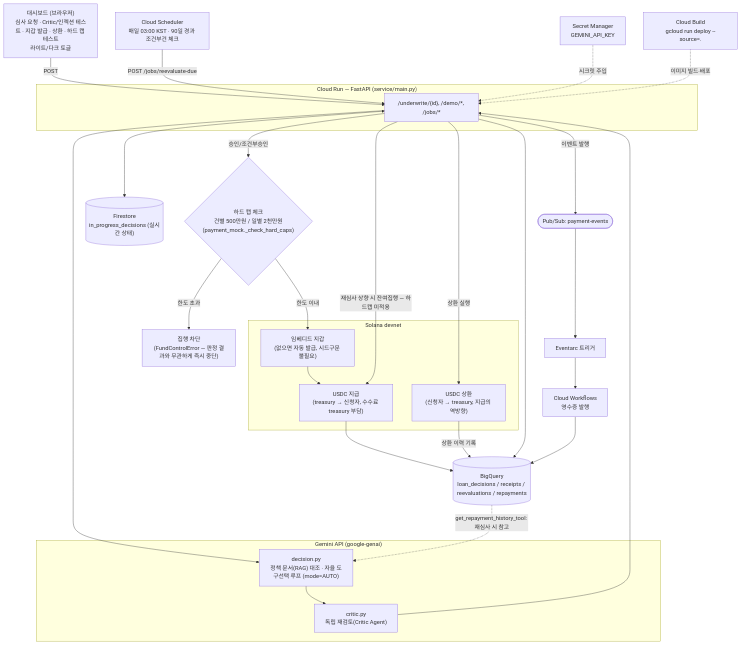
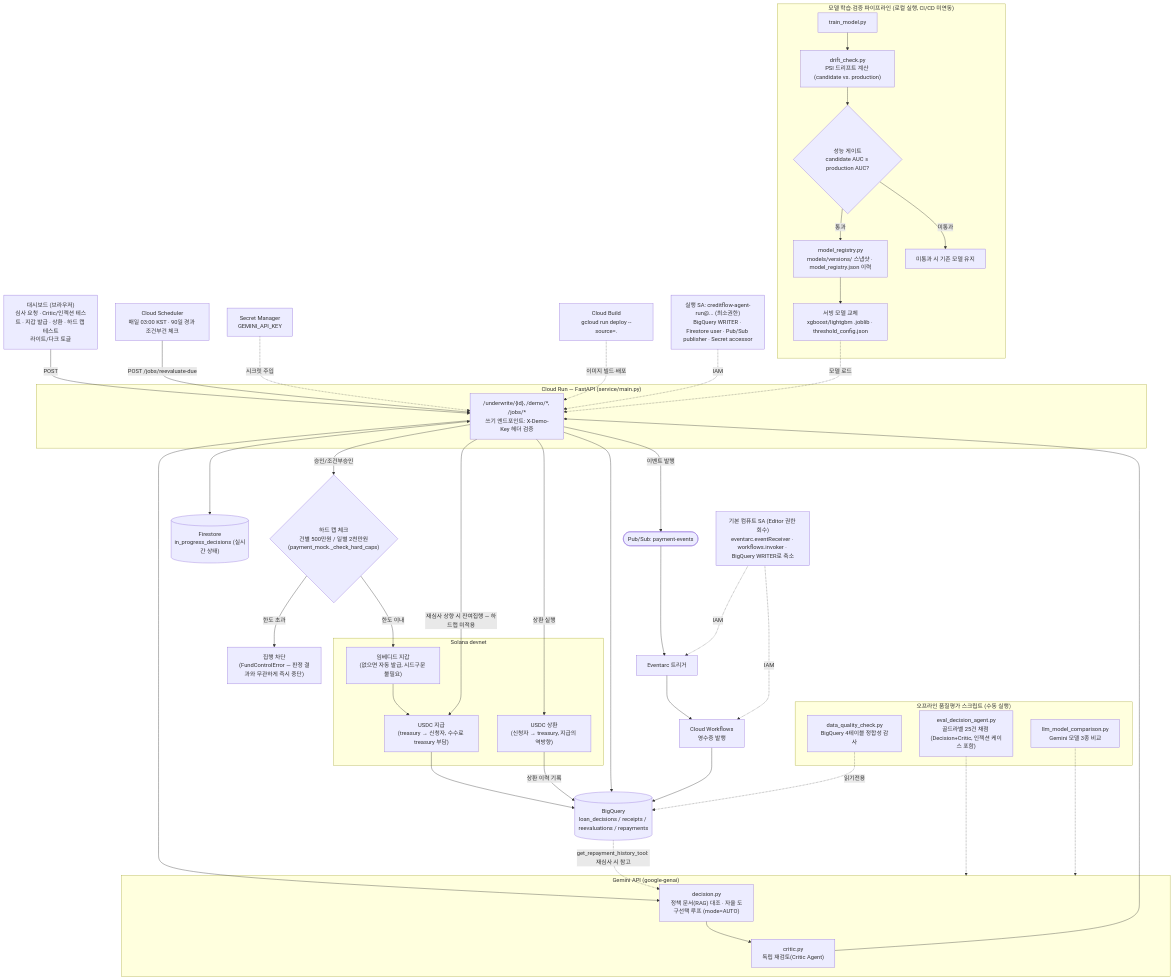
Before and after one commit to sujin-1015/creditflow-ai-agent: the diagram in docs/architecture.mmd, drawn with Mermaid. The commit also changed 2 other files, not shown here.

Commit message:
Fix eval case breakdown (13+12=25) and sync docs with MLOps/QA/IAM additions
genai_quality_evaluation.md listed per-type counts summing to 20 against a
25-case total because five pre-existing cases were left out. Replace the list
with source-wise (8 clean + 4 noisy + 1 injected existing, 12 new) and
type-wise (no-adjust 8, downgrade 4, upgrade 3, quant-reject 3, injection 3,
ambiguous 4) tables that reconcile with the n=21 / n=13 metric denominators.

README and architecture.mmd: correct "gold label 20" to 25 and include the
MLOps pipeline, offline QA scripts, and IAM service accounts.

```diff
--- a/docs/architecture.mmd
+++ b/docs/architecture.mmd
@@ -1,48 +1,75 @@
 flowchart TB
     Browser["대시보드 (브라우저)<br/>심사 요청 · Critic/인젝션 테스트 · 지갑 발급 · 상환 · 하드 캡 테스트<br/>라이트/다크 토글"]
 
     subgraph Run["Cloud Run — FastAPI (service/main.py)"]
-        API["/underwrite/{id}, /demo/*, /jobs/*"]
+        API["/underwrite/{id}, /demo/*, /jobs/*<br/>쓰기 엔드포인트: X-Demo-Key 헤더 검증"]
     end
+    RunSA["실행 SA: creditflow-agent-run@... (최소권한)<br/>BigQuery WRITER · Firestore user · Pub/Sub publisher · Secret accessor"]
 
     subgraph AI["Gemini API (google-genai)"]
         Decision["decision.py<br/>정책 문서(RAG) 대조 · 자율 도구선택 루프 (mode=AUTO)"]
         Critic["critic.py<br/>독립 재검토(Critic Agent)"]
     end
 
     HardCap{"하드 캡 체크<br/>건별 500만원 / 일별 2천만원<br/>(payment_mock._check_hard_caps)"}
     Blocked["집행 차단<br/>(FundControlError — 판정 결과와 무관하게 즉시 중단)"]
 
     subgraph Chain["Solana devnet"]
         Wallet["임베디드 지갑<br/>(없으면 자동 발급, 시드구문 불필요)"]
         Transfer["USDC 지급<br/>(treasury → 신청자, 수수료 treasury 부담)"]
         Repay["USDC 상환<br/>(신청자 → treasury, 지급의 역방향)"]
     end
 
     BQ[("BigQuery<br/>loan_decisions / receipts / reevaluations / repayments")]
     FS[("Firestore<br/>in_progress_decisions (실시간 상태)")]
     PS(["Pub/Sub: payment-events"])
     EA["Eventarc 트리거"]
     WF["Cloud Workflows<br/>영수증 발행"]
     SCH["Cloud Scheduler<br/>매일 03:00 KST · 90일 경과 조건부건 체크"]
     SM["Secret Manager<br/>GEMINI_API_KEY"]
     CB["Cloud Build<br/>gcloud run deploy --source=."]
+    EventSA["기본 컴퓨트 SA (Editor 권한 회수)<br/>eventarc.eventReceiver · workflows.invoker · BigQuery WRITER로 축소"]
 
     Browser -->|POST| API
     API <--> FS
     API --> Decision --> Critic
     Critic --> API
     API -->|승인/조건부승인| HardCap
     HardCap -->|한도 이내| Wallet --> Transfer
     HardCap -->|한도 초과| Blocked
     API -->|상환 실행| Repay
     API -->|재심사 상향 시 잔여집행 — 하드캡 미적용| Transfer
     Transfer --> BQ
     Repay -->|상환 이력 기록| BQ
     BQ -.->|get_repayment_history_tool: 재심사 시 참고| Decision
     API --> BQ
     API -->|이벤트 발행| PS --> EA --> WF --> BQ
     SCH -->|POST /jobs/reevaluate-due| API
 
     SM -.->|시크릿 주입| API
     CB -.->|이미지 빌드·배포| API
+    RunSA -.->|IAM| API
+    EventSA -.->|IAM| EA
+    EventSA -.->|IAM| WF
+
+    subgraph MLOps["모델 학습·검증 파이프라인 (로컬 실행, CI/CD 미연동)"]
+        Train["train_model.py"]
+        Drift["drift_check.py<br/>PSI 드리프트 계산 (candidate vs. production)"]
+        Gate{"성능 게이트<br/>candidate AUC ≥ production AUC?"}
+        Registry["model_registry.py<br/>models/versions/ 스냅샷 · model_registry.json 이력"]
+        ServingModel["서빙 모델 교체<br/>xgboost/lightgbm .joblib · threshold_config.json"]
+        Keep["미통과 시 기존 모델 유지"]
+        Train --> Drift --> Gate
+        Gate -->|통과| Registry --> ServingModel
+        Gate -->|미통과| Keep
+    end
+    ServingModel -.->|모델 로드| API
+
+    subgraph QA["오프라인 품질평가 스크립트 (수동 실행)"]
+        EvalAgent["eval_decision_agent.py<br/>골드라벨 25건 채점 (Decision+Critic, 인젝션 케이스 포함)"]
+        LLMCompare["llm_model_comparison.py<br/>Gemini 모델 3종 비교"]
+        DataQuality["data_quality_check.py<br/>BigQuery 4테이블 정합성 감사"]
+    end
+    EvalAgent -.-> AI
+    LLMCompare -.-> AI
+    DataQuality -.->|읽기전용| BQ
```
